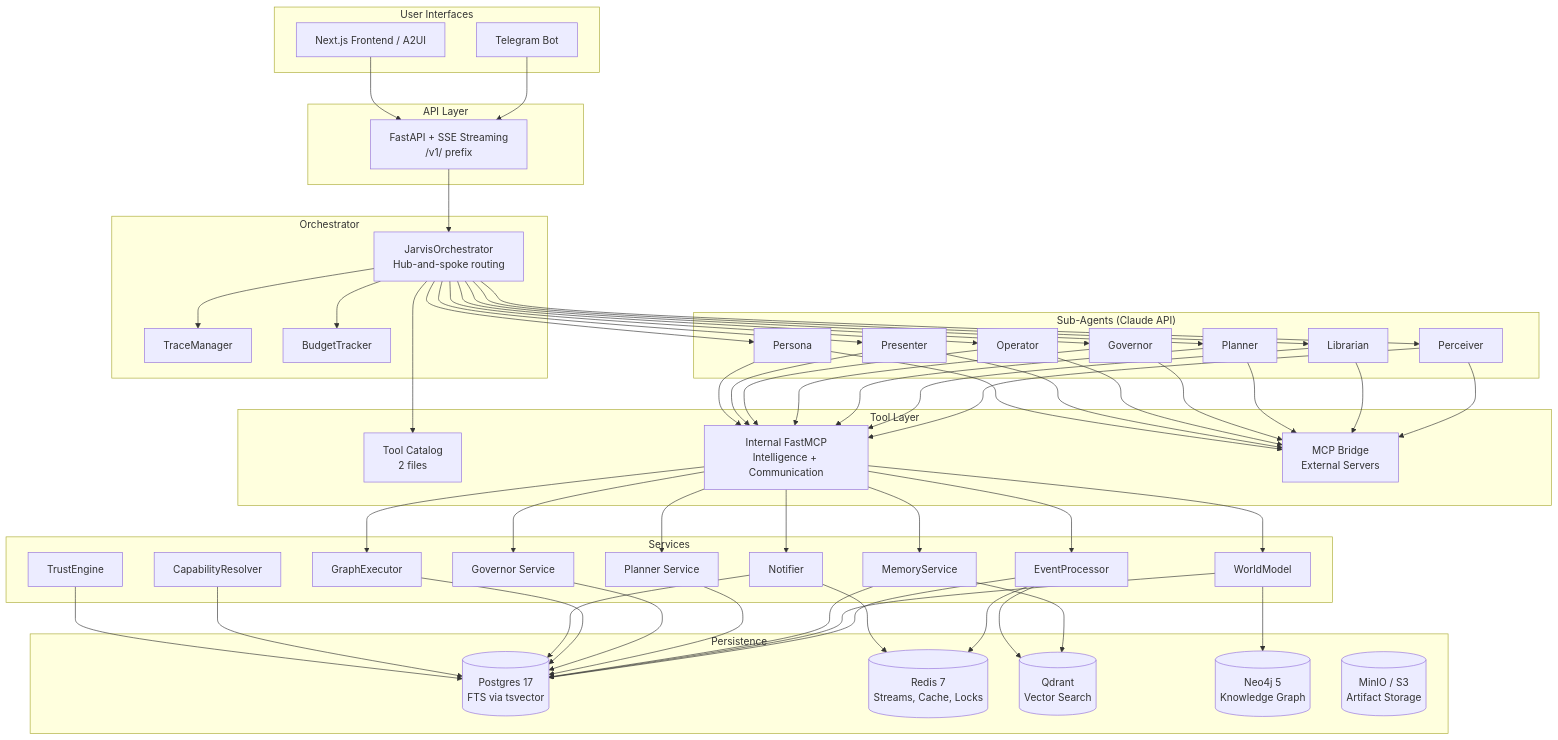
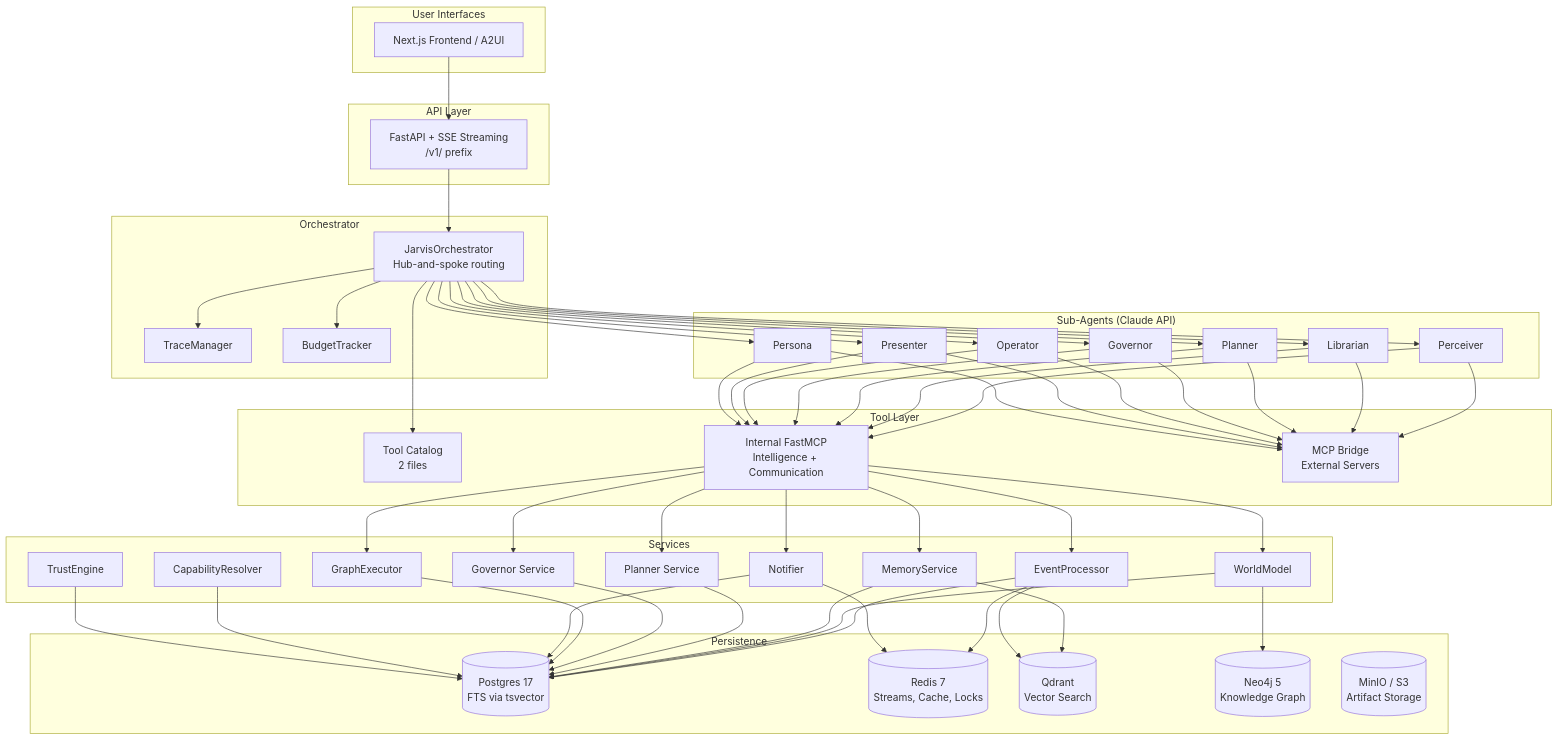
Before and after one commit to shivadharmi/muldro: the first of 2 diagrams in docs/architecture/overview.md, drawn with Mermaid. The commit also changed other lines of this file and 13 other files, not shown here.

````diff
--- a/docs/architecture/overview.md
+++ b/docs/architecture/overview.md
@@ -15,68 +15,66 @@
 ```mermaid
 graph TB
     subgraph "User Interfaces"
-        TG[Telegram Bot]
         WEB[Next.js Frontend / A2UI]
     end
 
     subgraph "API Layer"
         API[FastAPI + SSE Streaming<br/>/v1/ prefix]
     end
 
     subgraph "Orchestrator"
         ORCH[JarvisOrchestrator<br/>Hub-and-spoke routing]
         TRACE[TraceManager]
         BUDGET[BudgetTracker]
     end
 
     subgraph "Sub-Agents (Claude API)"
         PCV[Perceiver]
         LIB[Librarian]
         PLN[Planner]
         GOV[Governor]
         OPR[Operator]
         PRS[Presenter]
         PER[Persona]
     end
 
     subgraph "Tool Layer"
         CAT[Tool Catalog<br/>2 files]
         INT[Internal FastMCP<br/>Intelligence + Communication]
         MCP[MCP Bridge<br/>External Servers]
     end
 
     subgraph "Services"
         EP[EventProcessor]
         WM[WorldModel]
         MS[MemoryService]
         PL[Planner Service]
         GV[Governor Service]
         GE[GraphExecutor]
         NT[Notifier]
         CR[CapabilityResolver]
         TE[TrustEngine]
     end
 
     subgraph "Persistence"
         PG[(Postgres 17<br/>FTS via tsvector)]
         RD[(Redis 7<br/>Streams, Cache, Locks)]
         QD[(Qdrant<br/>Vector Search)]
         N4J[(Neo4j 5<br/>Knowledge Graph)]
         S3[(MinIO / S3<br/>Artifact Storage)]
     end
 
-    TG --> API
     WEB --> API
     API --> ORCH
     ORCH --> PCV & LIB & PLN & GOV & OPR & PRS & PER
     ORCH --> TRACE & BUDGET
     PCV & LIB & PLN & GOV & OPR & PRS & PER --> INT
     PCV & LIB & PLN & GOV & OPR & PRS & PER --> MCP
     INT --> EP & WM & MS & PL & GV & GE & NT
     ORCH --> CAT
     EP & WM & MS & PL & GV & GE & NT & CR & TE --> PG
     EP & NT --> RD
     WM --> N4J
     MS --> QD
     EP --> QD
 ```
````
